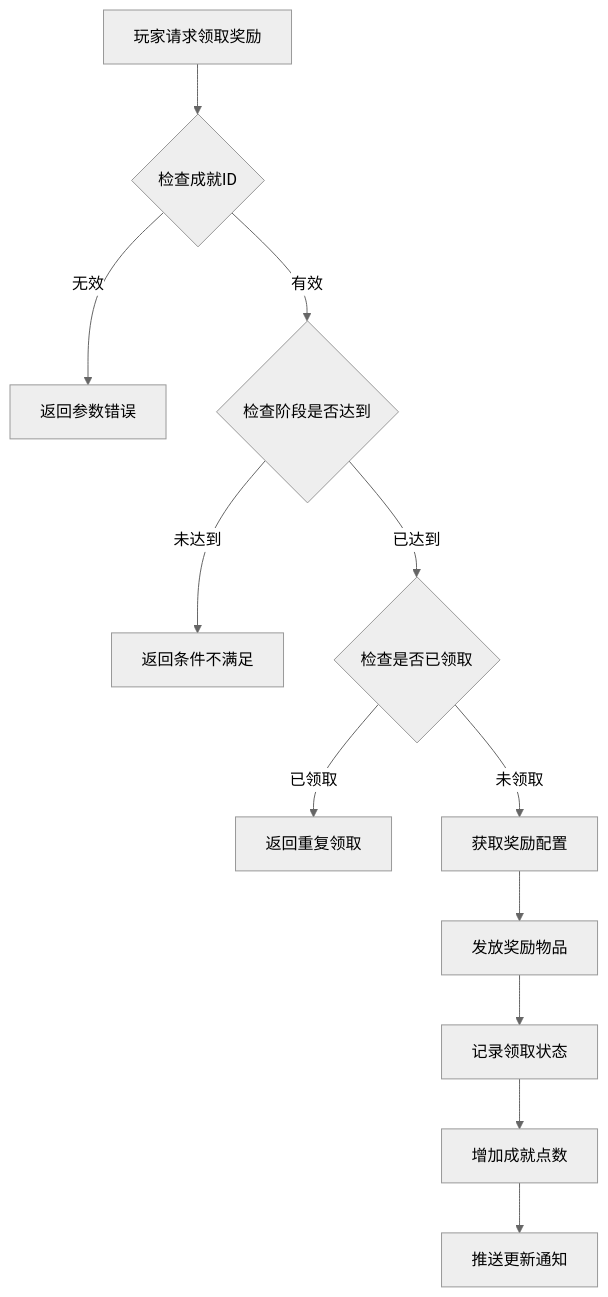
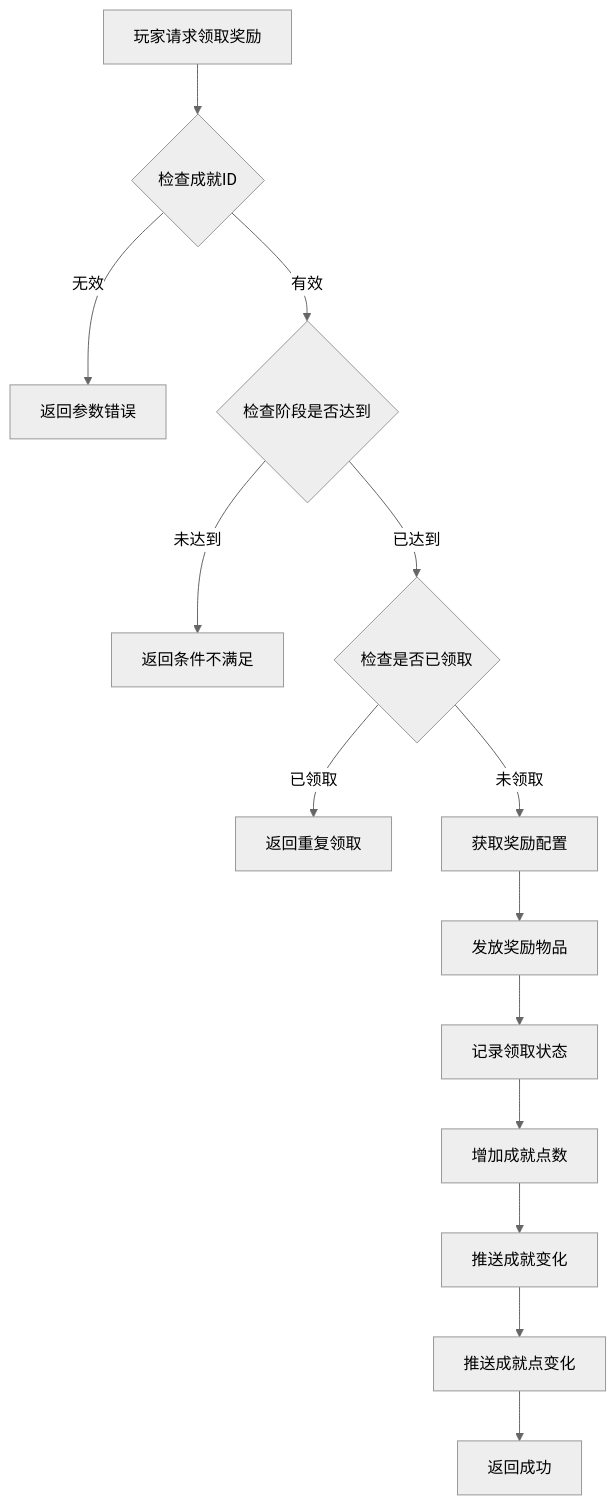
The fourth of 7 diagrams in docs/Module_Achieve/05_完整说明.md (Alan-Ben/k2c_game_framework), drawn with Mermaid (neutral theme) before and after one commit. The commit also changed other lines of this file and 32 other files, not shown here.

````diff
--- a/docs/Module_Achieve/05_完整说明.md
+++ b/docs/Module_Achieve/05_完整说明.md
@@ -98,14 +186,16 @@
 ```mermaid
 flowchart TD
     A[玩家请求领取奖励] --> B{检查成就ID}
     B -->|无效| C[返回参数错误]
     B -->|有效| D{检查阶段是否达到}
     D -->|未达到| E[返回条件不满足]
     D -->|已达到| F{检查是否已领取}
     F -->|已领取| G[返回重复领取]
     F -->|未领取| H[获取奖励配置]
     H --> I[发放奖励物品]
     I --> J[记录领取状态]
     J --> K[增加成就点数]
-    K --> L[推送更新通知]
+    K --> L[推送成就变化]
+    L --> M[推送成就点变化]
+    M --> N[返回成功]
 ```
````
